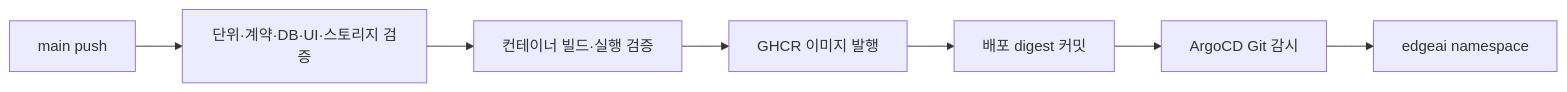
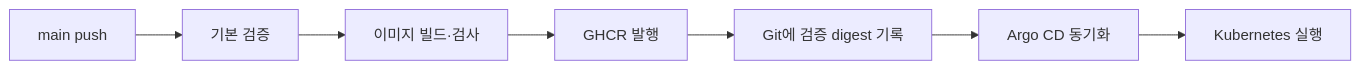
The diagram in docs/operations/cicd.md (dsa04156/edgeai), drawn with Mermaid before and after one commit. The commit also changed other lines of this file and 312 other files, not shown here.

````diff
--- a/docs/operations/cicd.md
+++ b/docs/operations/cicd.md
@@ -25,9 +8,9 @@
 ```mermaid
 flowchart LR
-  PUSH[main push] --> TEST[단위·계약·DB·UI·스토리지 검증]
-  TEST --> IMAGE[컨테이너 빌드·실행 검증]
-  IMAGE --> GHCR[GHCR 이미지 발행]
-  GHCR --> GIT[배포 digest 커밋]
-  GIT --> ARGO[ArgoCD Git 감시]
-  ARGO --> K8S[edgeai namespace]
+  PUSH[main push] --> CHECK[기본 검증]
+  CHECK --> IMAGE[이미지 빌드·검사]
+  IMAGE --> REG[GHCR 발행]
+  REG --> PIN[Git에 검증 digest 기록]
+  PIN --> ARGO[Argo CD 동기화]
+  ARGO --> K8S[Kubernetes 실행]
 ```
````
